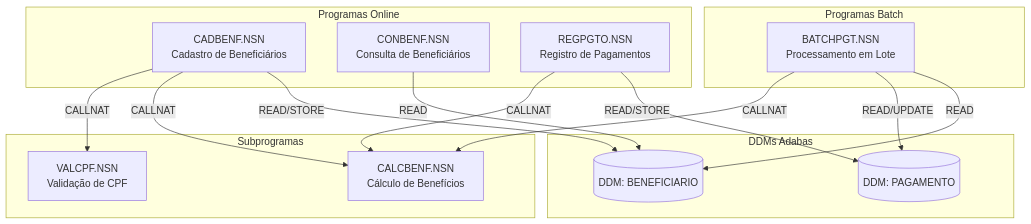
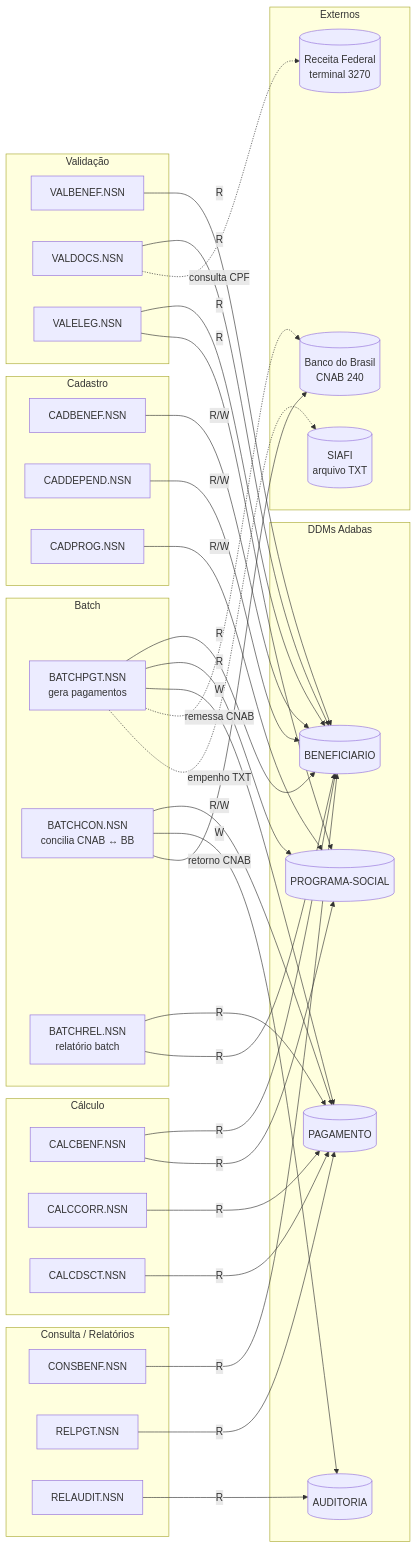
The first of 2 diagrams in 01-arqueologia/dependency-map.md (serpro-curitiba/grupo-1-vermelho-old), drawn with Mermaid before and after one commit. The commit also changed other lines of this file and 28 other files, not shown here.

````diff
--- a/01-arqueologia/dependency-map.md
+++ b/01-arqueologia/dependency-map.md
@@ -33,35 +43,77 @@
 ```mermaid
-flowchart TD
- subgraph "Programas Online"
- CADBENF["CADBENF.NSN<br/>Cadastro de Beneficiários"]
- CONBENF["CONBENF.NSN<br/>Consulta de Beneficiários"]
- REGPGTO["REGPGTO.NSN<br/>Registro de Pagamentos"]
- end
+flowchart LR
+    subgraph "DDMs Adabas"
+        BENEF[("BENEFICIARIO")]
+        PGTO[("PAGAMENTO")]
+        PROG[("PROGRAMA-SOCIAL")]
+        AUDIT[("AUDITORIA")]
+    end
 
- subgraph "Programas Batch"
- BATCHPGT["BATCHPGT.NSN<br/>Processamento em Lote"]
- end
+    subgraph "Cadastro"
+        CADBENEF["CADBENEF.NSN"]
+        CADDEPEND["CADDEPEND.NSN"]
+        CADPROG["CADPROG.NSN"]
+    end
 
- subgraph "Subprogramas"
- CALCBENF["CALCBENF.NSN<br/>Cálculo de Benefícios"]
- VALCPF["VALCPF.NSN<br/>Validação de CPF"]
- end
+    subgraph "Validação"
+        VALBENEF["VALBENEF.NSN"]
+        VALDOCS["VALDOCS.NSN"]
+        VALELEG["VALELEG.NSN"]
+    end
 
- subgraph "DDMs Adabas"
- DDM_BENEF[("DDM: BENEFICIARIO")]
- DDM_PGTO[("DDM: PAGAMENTO")]
- end
+    subgraph "Cálculo"
+        CALCBENF["CALCBENF.NSN"]
+        CALCCORR["CALCCORR.NSN"]
+        CALCDSCT["CALCDSCT.NSN"]
+    end
 
- CADBENF -->|CALLNAT| VALCPF
- CADBENF -->|CALLNAT| CALCBENF
- CADBENF -->|READ/STORE| DDM_BENEF
+    subgraph "Batch"
+        BATCHPGT["BATCHPGT.NSN<br/>gera pagamentos"]
+        BATCHCON["BATCHCON.NSN<br/>concilia CNAB ↔ BB"]
+        BATCHREL["BATCHREL.NSN<br/>relatório batch"]
+    end
 
- REGPGTO -->|CALLNAT| CALCBENF
- REGPGTO -->|READ/STORE| DDM_PGTO
+    subgraph "Consulta / Relatórios"
+        CONSBENF["CONSBENF.NSN"]
+        RELPGT["RELPGT.NSN"]
+        RELAUDIT["RELAUDIT.NSN"]
+    end
 
- CONBENF -->|READ| DDM_BENEF
+    subgraph "Externos"
+        BB[("Banco do Brasil<br/>CNAB 240")]
+        SIAFI[("SIAFI<br/>arquivo TXT")]
+        RECEITA[("Receita Federal<br/>terminal 3270")]
+    end
 
- BATCHPGT -->|CALLNAT| CALCBENF
- BATCHPGT -->|READ/UPDATE| DDM_PGTO
- BATCHPGT -->|READ| DDM_BENEF
+    CADBENEF -->|R/W| BENEF
+    CADDEPEND -->|R/W| BENEF
+    CADPROG -->|R/W| PROG
+
+    VALBENEF -->|R| BENEF
+    VALDOCS -->|R| BENEF
+    VALDOCS -.consulta CPF.-> RECEITA
+    VALELEG -->|R| BENEF
+    VALELEG -->|R| PROG
+
+    CALCBENF -->|R| BENEF
+    CALCBENF -->|R| PROG
+    CALCCORR -->|R| PGTO
+    CALCDSCT -->|R| PGTO
+
+    BATCHPGT -->|R| BENEF
+    BATCHPGT -->|R| PROG
+    BATCHPGT -->|W| PGTO
+    BATCHPGT -.remessa CNAB.-> BB
+    BATCHPGT -.empenho TXT.-> SIAFI
+
+    BATCHCON -->|R/W| PGTO
+    BATCHCON -->|W| AUDIT
+    BATCHCON <-.retorno CNAB.- BB
+
+    BATCHREL -->|R| PGTO
+    BATCHREL -->|R| BENEF
+
+    CONSBENF -->|R| BENEF
+    RELPGT -->|R| PGTO
+    RELAUDIT -->|R| AUDIT
 ```
````
